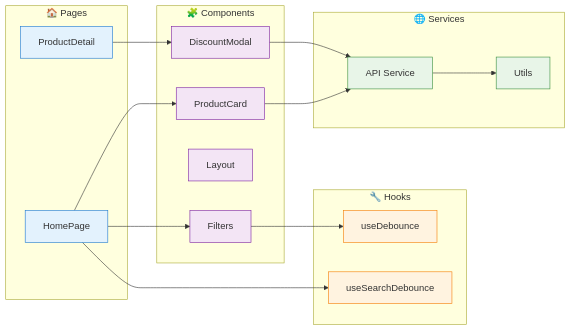
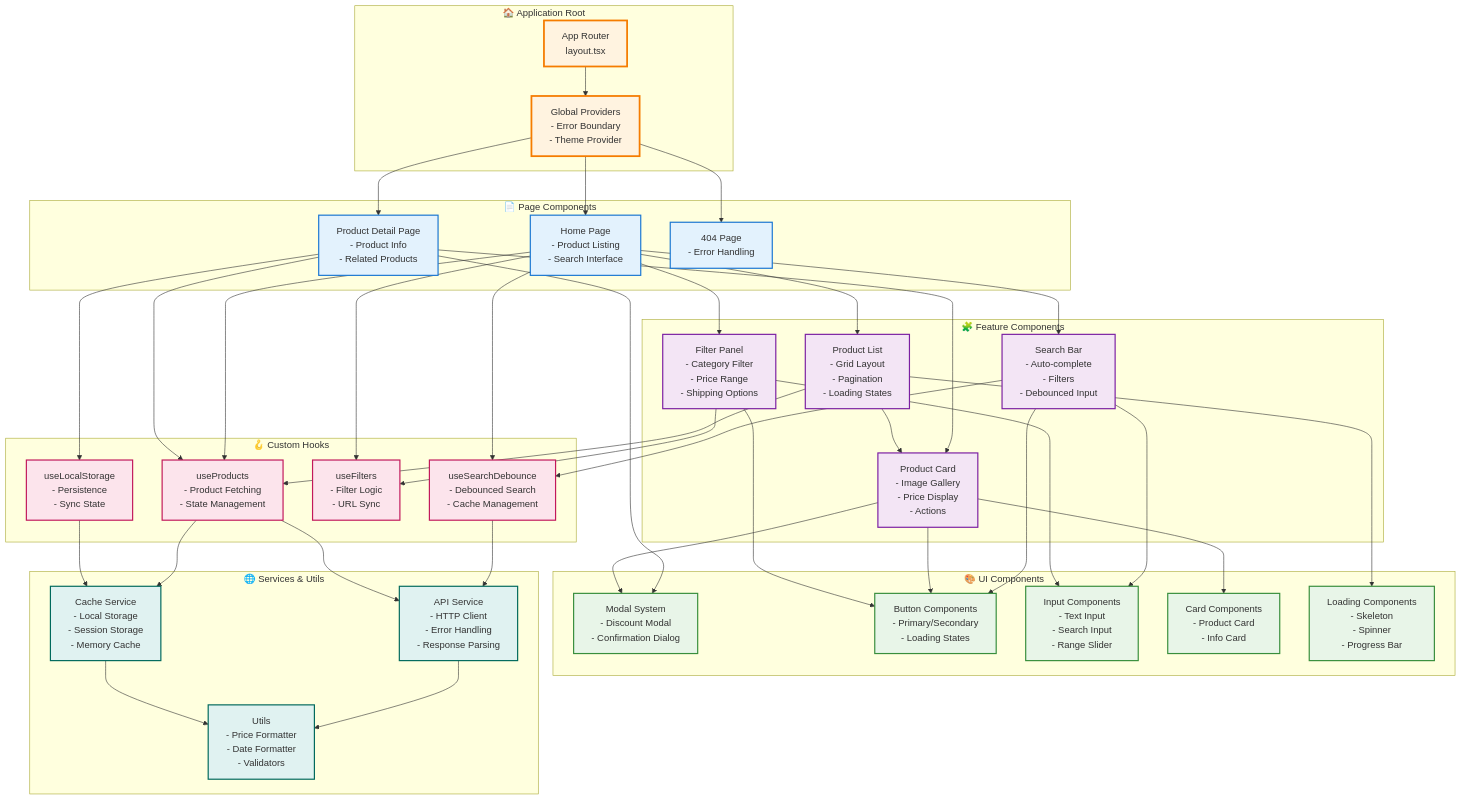
One commit to glaucia86/mercado-livre-clone changed the third of 4 diagrams in README.md. Above: the diagram before and after it, drawn with Mermaid. The commit also changed other lines of this file, not shown here.

Commit message:
feat: update README to enhance project overview, architecture details, and deployment standards

````diff
--- a/README.md
+++ b/README.md
@@ -146,44 +192,109 @@
 ```mermaid
-graph LR
-    subgraph "🏠 Pages"
-        Home[HomePage]
-        Detail[ProductDetail]
+graph TD
+    %% Root Level
+    subgraph "🏠 Application Root"
+        App[App Router<br/>layout.tsx]
+        Global[Global Providers<br/>- Error Boundary<br/>- Theme Provider]
     end
     
-    subgraph "🧩 Components"
-        ProductCard[ProductCard]
-        Filters[Filters]
-        Layout[Layout]
-        Modal[DiscountModal]
+    %% Page Level
+    subgraph "📄 Page Components"
+        HomePage[Home Page<br/>- Product Listing<br/>- Search Interface]
+        ProductPage[Product Detail Page<br/>- Product Info<br/>- Related Products]
+        NotFound[404 Page<br/>- Error Handling]
     end
     
-    subgraph "🔧 Hooks"
-        useDebounce[useDebounce]
-        useSearch[useSearchDebounce]
+    %% Feature Components
+    subgraph "🧩 Feature Components"
+        ProductList[Product List<br/>- Grid Layout<br/>- Pagination<br/>- Loading States]
+        SearchBar[Search Bar<br/>- Auto-complete<br/>- Filters<br/>- Debounced Input]
+        ProductCard[Product Card<br/>- Image Gallery<br/>- Price Display<br/>- Actions]
+        Filters[Filter Panel<br/>- Category Filter<br/>- Price Range<br/>- Shipping Options]
     end
     
-    subgraph "🌐 Services"
-        API[API Service]
-        Utils[Utils]
+    %% UI Components
+    subgraph "🎨 UI Components"
+        Modal[Modal System<br/>- Discount Modal<br/>- Confirmation Dialog]
+        Button[Button Components<br/>- Primary/Secondary<br/>- Loading States]
+        Input[Input Components<br/>- Text Input<br/>- Search Input<br/>- Range Slider]
+        Card[Card Components<br/>- Product Card<br/>- Info Card]
+        Loading[Loading Components<br/>- Skeleton<br/>- Spinner<br/>- Progress Bar]
     end
     
-    Home --> ProductCard
-    Home --> Filters
-    Home --> useSearch
-    Detail --> Modal
-    Filters --> useDebounce
-    ProductCard --> API
-    Modal --> API
+    %% Custom Hooks
+    subgraph "🪝 Custom Hooks"
+        useSearch[useSearchDebounce<br/>- Debounced Search<br/>- Cache Management]
+        useProducts[useProducts<br/>- Product Fetching<br/>- State Management]
+        useFilters[useFilters<br/>- Filter Logic<br/>- URL Sync]
+        useLocalStorage[useLocalStorage<br/>- Persistence<br/>- Sync State]
+    end
     
-    API --> Utils
+    %% Services
+    subgraph "🌐 Services & Utils"
+        APIService[API Service<br/>- HTTP Client<br/>- Error Handling<br/>- Response Parsing]
+        CacheService[Cache Service<br/>- Local Storage<br/>- Session Storage<br/>- Memory Cache]
+        UtilsService[Utils<br/>- Price Formatter<br/>- Date Formatter<br/>- Validators]
+    end
     
-    classDef pages fill:#e3f2fd,stroke:#1976d2
-    classDef components fill:#f3e5f5,stroke:#7b1fa2
-    classDef hooks fill:#fff3e0,stroke:#f57c00
-    classDef services fill:#e8f5e8,stroke:#388e3c
+    %% Connections
+    App --> Global
+    Global --> HomePage
+    Global --> ProductPage
+    Global --> NotFound
     
-    class Home,Detail pages
-    class ProductCard,Filters,Layout,Modal components
-    class useDebounce,useSearch hooks
-    class API,Utils services
+    HomePage --> ProductList
+    HomePage --> SearchBar
+    HomePage --> Filters
+    
+    ProductPage --> ProductCard
+    ProductPage --> Modal
+    
+    ProductList --> ProductCard
+    ProductList --> Loading
+    
+    SearchBar --> Input
+    SearchBar --> Button
+    
+    ProductCard --> Card
+    ProductCard --> Button
+    ProductCard --> Modal
+    
+    Filters --> Input
+    Filters --> Button
+    
+    %% Hooks connections
+    HomePage --> useSearch
+    HomePage --> useProducts
+    HomePage --> useFilters
+    
+    ProductPage --> useProducts
+    ProductPage --> useLocalStorage
+    
+    ProductList --> useProducts
+    SearchBar --> useSearch
+    Filters --> useFilters
+    
+    %% Services connections
+    useSearch --> APIService
+    useProducts --> APIService
+    useProducts --> CacheService
+    useLocalStorage --> CacheService
+    
+    APIService --> UtilsService
+    CacheService --> UtilsService
+    
+    %% Styling
+    classDef root fill:#fff3e0,stroke:#f57c00,stroke-width:3px
+    classDef pages fill:#e3f2fd,stroke:#1976d2,stroke-width:2px
+    classDef features fill:#f3e5f5,stroke:#7b1fa2,stroke-width:2px
+    classDef ui fill:#e8f5e8,stroke:#388e3c,stroke-width:2px
+    classDef hooks fill:#fce4ec,stroke:#c2185b,stroke-width:2px
+    classDef services fill:#e0f2f1,stroke:#00695c,stroke-width:2px
+    
+    class App,Global root
+    class HomePage,ProductPage,NotFound pages
+    class ProductList,SearchBar,ProductCard,Filters features
+    class Modal,Button,Input,Card,Loading ui
+    class useSearch,useProducts,useFilters,useLocalStorage hooks
+    class APIService,CacheService,UtilsService services
 ```
````
